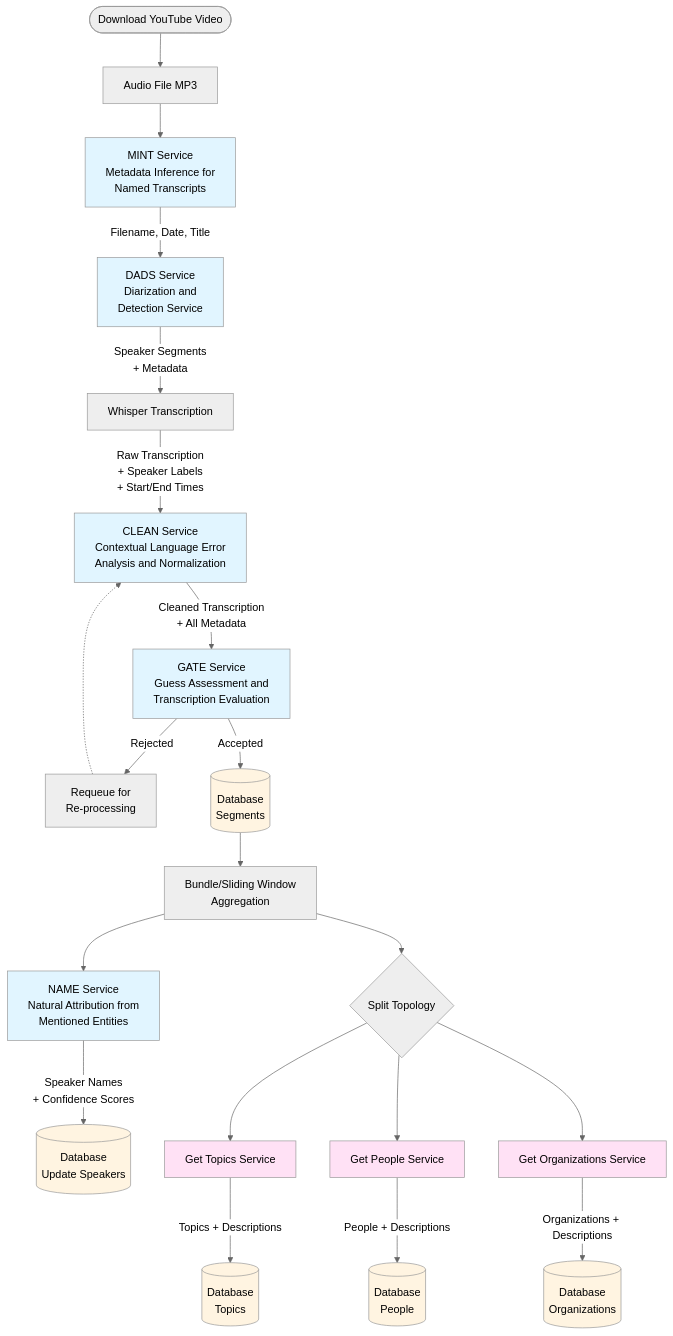
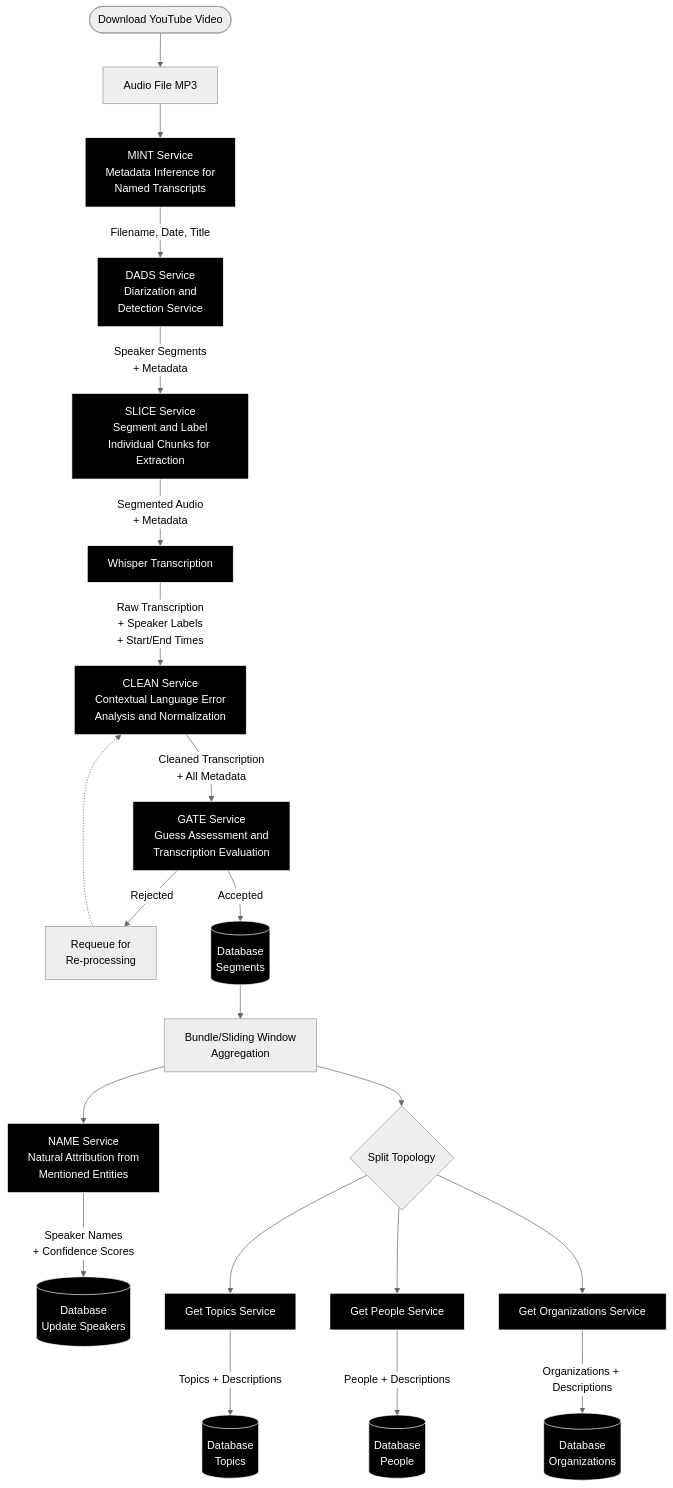
The diagram in README.md (danieltmiles/power_mapper), drawn with Mermaid (neutral theme) before and after one commit.

Commit message:
adding SLICE service to README

````diff
--- a/README.md
+++ b/README.md
@@ -7,48 +7,51 @@
 ```mermaid
 flowchart TD
     Start([Download YouTube Video]) --> Audio[Audio File MP3]
     
     Audio --> MINT[MINT Service<br/>Metadata Inference for<br/>Named Transcripts]
     MINT --> |Filename, Date, Title| DADS[DADS Service<br/>Diarization and<br/>Detection Service]
     
-    DADS --> |Speaker Segments<br/>+ Metadata| Whisper[Whisper Transcription]
+    DADS --> |Speaker Segments<br/>+ Metadata| SLICE[SLICE Service<br/>Segment and Label<br/>Individual Chunks for Extraction]
+    SLICE --> |Segmented Audio<br/>+ Metadata| Whisper[Whisper Transcription]
     
     Whisper --> |Raw Transcription<br/>+ Speaker Labels<br/>+ Start/End Times| CLEAN[CLEAN Service<br/>Contextual Language Error<br/>Analysis and Normalization]
     
     CLEAN --> |Cleaned Transcription<br/>+ All Metadata| GATE[GATE Service<br/>Guess Assessment and<br/>Transcription Evaluation]
     
     GATE --> |Rejected| Queue1[Requeue for<br/>Re-processing]
     GATE --> |Accepted| DB1[(Database<br/>Segments)]
     
     DB1 --> Bundle[Bundle/Sliding Window<br/>Aggregation]
     
     Bundle --> NAME[NAME Service<br/>Natural Attribution from<br/>Mentioned Entities]
     
     NAME --> |Speaker Names<br/>+ Confidence Scores| DB2[(Database<br/>Update Speakers)]
     
     Bundle --> Split{Split Topology}
     
     Split --> Topics[Get Topics Service]
     Split --> People[Get People Service]
     Split --> Orgs[Get Organizations Service]
     
     Topics --> |Topics + Descriptions| DB3[(Database<br/>Topics)]
     People --> |People + Descriptions| DB4[(Database<br/>People)]
     Orgs --> |Organizations + Descriptions| DB5[(Database<br/>Organizations)]
     
     Queue1 -.-> CLEAN
     
-    style MINT fill:#e1f5ff
-    style DADS fill:#e1f5ff
-    style CLEAN fill:#e1f5ff
-    style GATE fill:#e1f5ff
-    style NAME fill:#e1f5ff
-    style Topics fill:#ffe1f5
-    style People fill:#ffe1f5
-    style Orgs fill:#ffe1f5
-    style DB1 fill:#fff4e1
-    style DB2 fill:#fff4e1
-    style DB3 fill:#fff4e1
-    style DB4 fill:#fff4e1
-    style DB5 fill:#fff4e1
+    style MINT fill:#000,stroke:#fff,color:#fff
+    style DADS fill:#000,stroke:#fff,color:#fff
+    style SLICE fill:#000,stroke:#fff,color:#fff
+    style Whisper fill:#000,stroke:#fff,color:#fff
+    style CLEAN fill:#000,stroke:#fff,color:#fff
+    style GATE fill:#000,stroke:#fff,color:#fff
+    style NAME fill:#000,stroke:#fff,color:#fff
+    style Topics fill:#000,stroke:#fff,color:#fff
+    style People fill:#000,stroke:#fff,color:#fff
+    style Orgs fill:#000,stroke:#fff,color:#fff
+    style DB1 fill:#000,stroke:#fff,color:#fff
+    style DB2 fill:#000,stroke:#fff,color:#fff
+    style DB3 fill:#000,stroke:#fff,color:#fff
+    style DB4 fill:#000,stroke:#fff,color:#fff
+    style DB5 fill:#000,stroke:#fff,color:#fff
 ```
````
